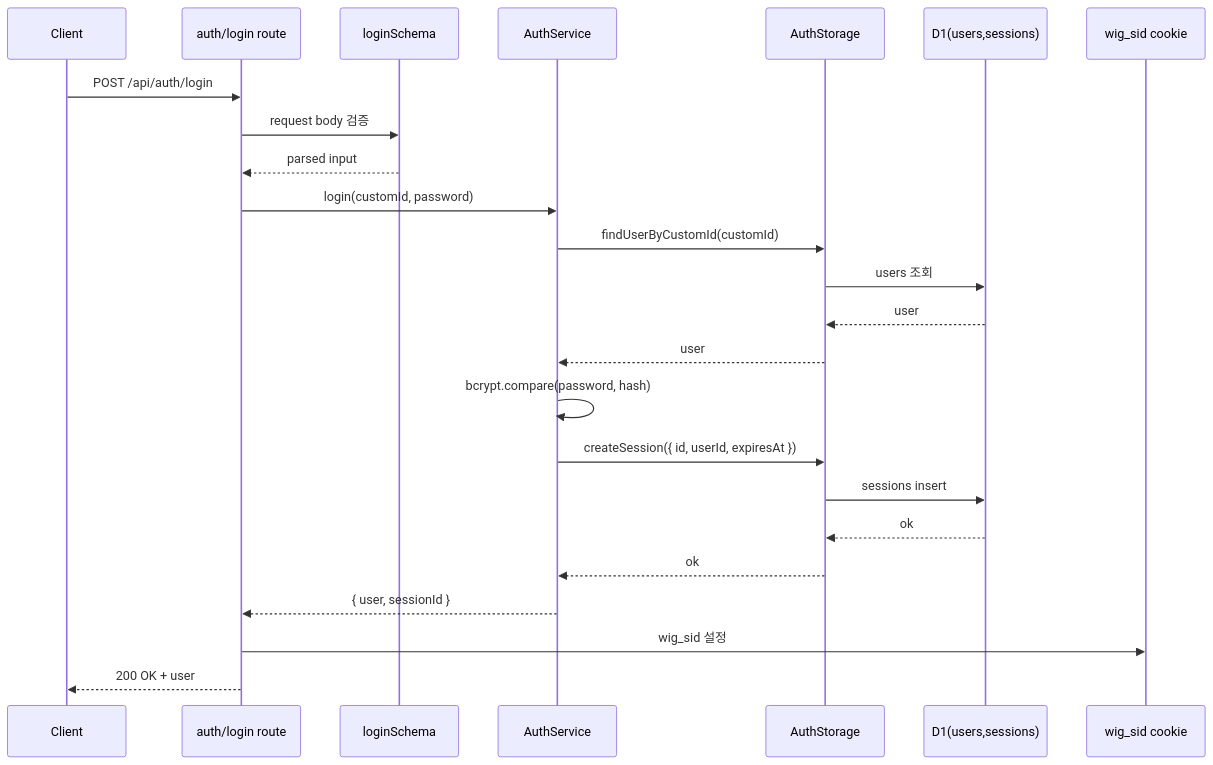
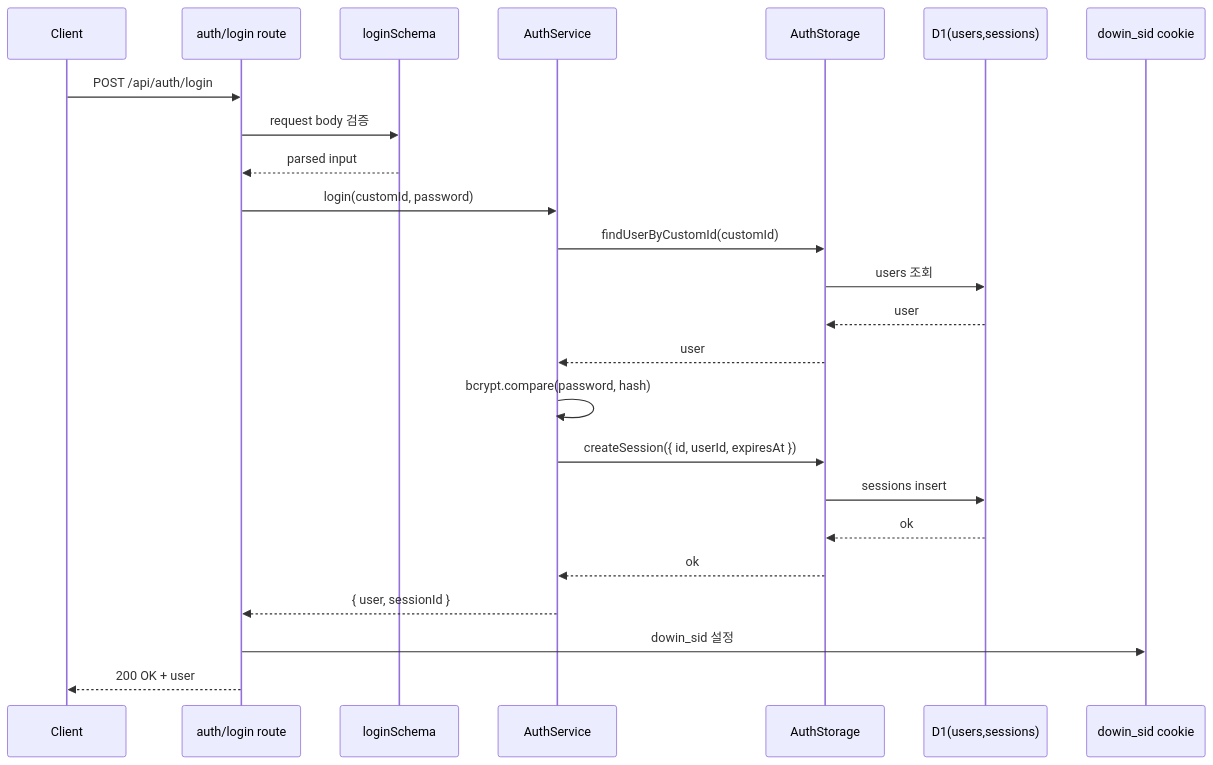
Before and after one commit to team-dasoslab/dowin-web: the seventh of 10 diagrams in docs/dev/backend/2026.03.18-backend-onboarding.md, drawn with Mermaid. The commit also changed other lines of this file and 213 other files, not shown here.

````diff
--- a/docs/dev/backend/2026.03.18-backend-onboarding.md
+++ b/docs/dev/backend/2026.03.18-backend-onboarding.md
@@ -412,27 +412,27 @@
 ```mermaid
 sequenceDiagram
     participant Client
     participant Route as auth/login route
     participant Validation as loginSchema
     participant Service as AuthService
     participant Storage as AuthStorage
     participant DB as D1(users,sessions)
-    participant Cookie as wig_sid cookie
+    participant Cookie as dowin_sid cookie
 
     Client->>Route: POST /api/auth/login
     Route->>Validation: request body 검증
     Validation-->>Route: parsed input
     Route->>Service: login(customId, password)
     Service->>Storage: findUserByCustomId(customId)
     Storage->>DB: users 조회
     DB-->>Storage: user
     Storage-->>Service: user
     Service->>Service: bcrypt.compare(password, hash)
     Service->>Storage: createSession({ id, userId, expiresAt })
     Storage->>DB: sessions insert
     DB-->>Storage: ok
     Storage-->>Service: ok
     Service-->>Route: { user, sessionId }
-    Route->>Cookie: wig_sid 설정
+    Route->>Cookie: dowin_sid 설정
     Route-->>Client: 200 OK + user
 ```
````
